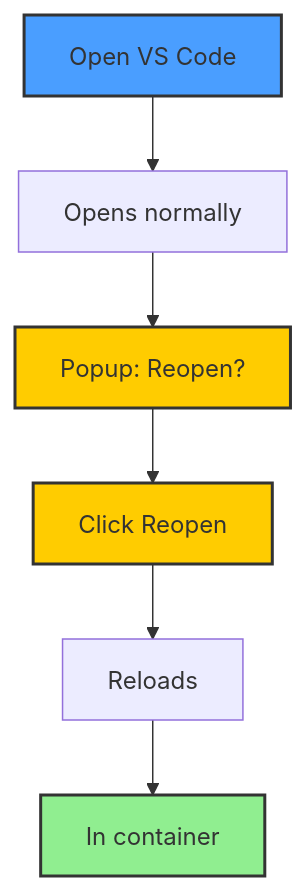
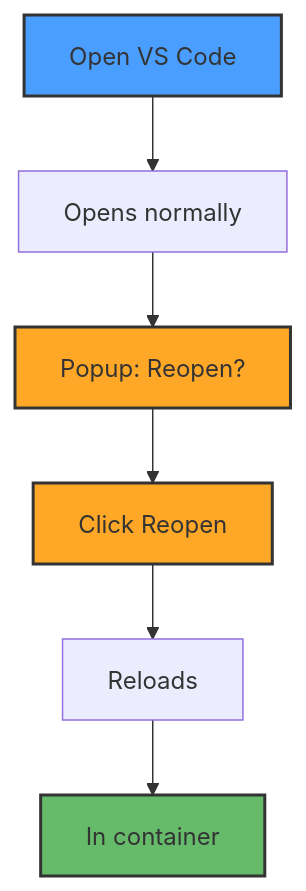
The second of 6 diagrams in sparc/3-architecture/diagrams/04-vscode-integration.md (ManuelKugelmann/BitBot), drawn with Mermaid before and after one commit. The commit also changed other lines of this file and 6 other files, not shown here.

First line of the commit message:
Improve diagram colors for better dark text contrast

````diff
--- a/sparc/3-architecture/diagrams/04-vscode-integration.md
+++ b/sparc/3-architecture/diagrams/04-vscode-integration.md
@@ -44,20 +44,20 @@
 ```mermaid
 flowchart TD
     USER[Open VS Code]
     NORMAL[Opens normally]
     POPUP[Popup: Reopen?]
     CLICK[Click Reopen]
     RELOAD[Reloads]
     CONTAINER[In container]
 
     USER --> NORMAL
     NORMAL --> POPUP
     POPUP --> CLICK
     CLICK --> RELOAD
     RELOAD --> CONTAINER
 
     style USER fill:#4a9eff,stroke:#333,stroke-width:2px
-    style POPUP fill:#ffcc00,stroke:#333,stroke-width:2px
-    style CLICK fill:#ffcc00,stroke:#333,stroke-width:2px
-    style CONTAINER fill:#90ee90,stroke:#333,stroke-width:2px
+    style POPUP fill:#ffa726,stroke:#333,stroke-width:2px
+    style CLICK fill:#ffa726,stroke:#333,stroke-width:2px
+    style CONTAINER fill:#66bb6a,stroke:#333,stroke-width:2px
 ```
````
